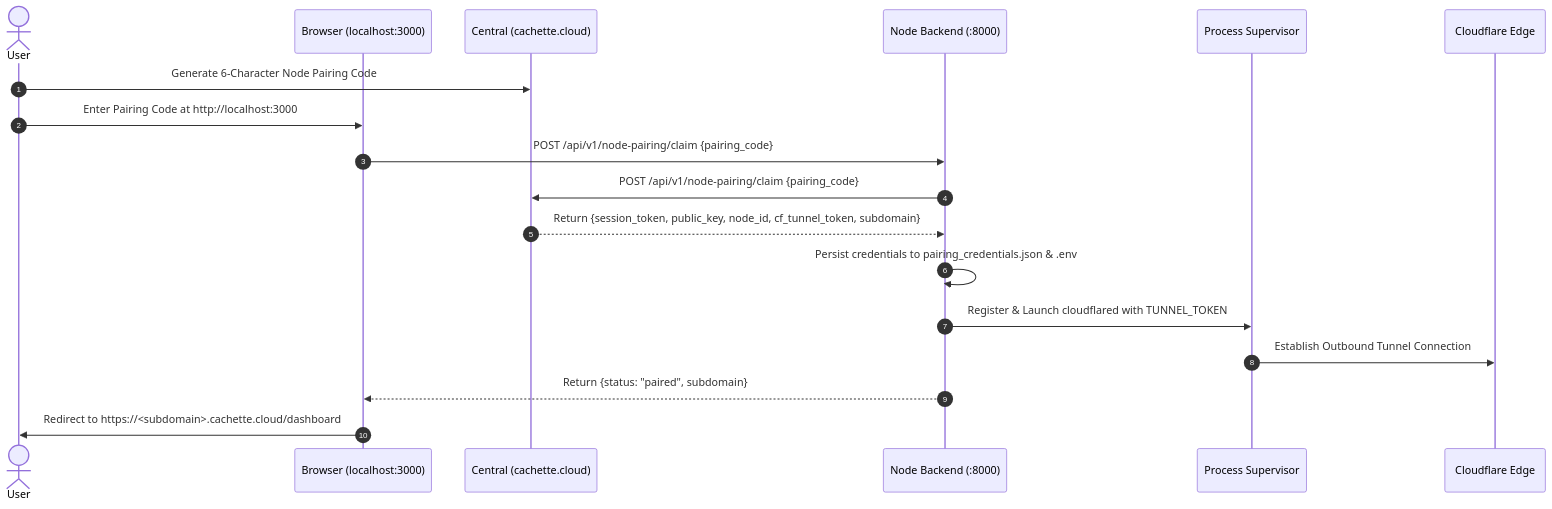
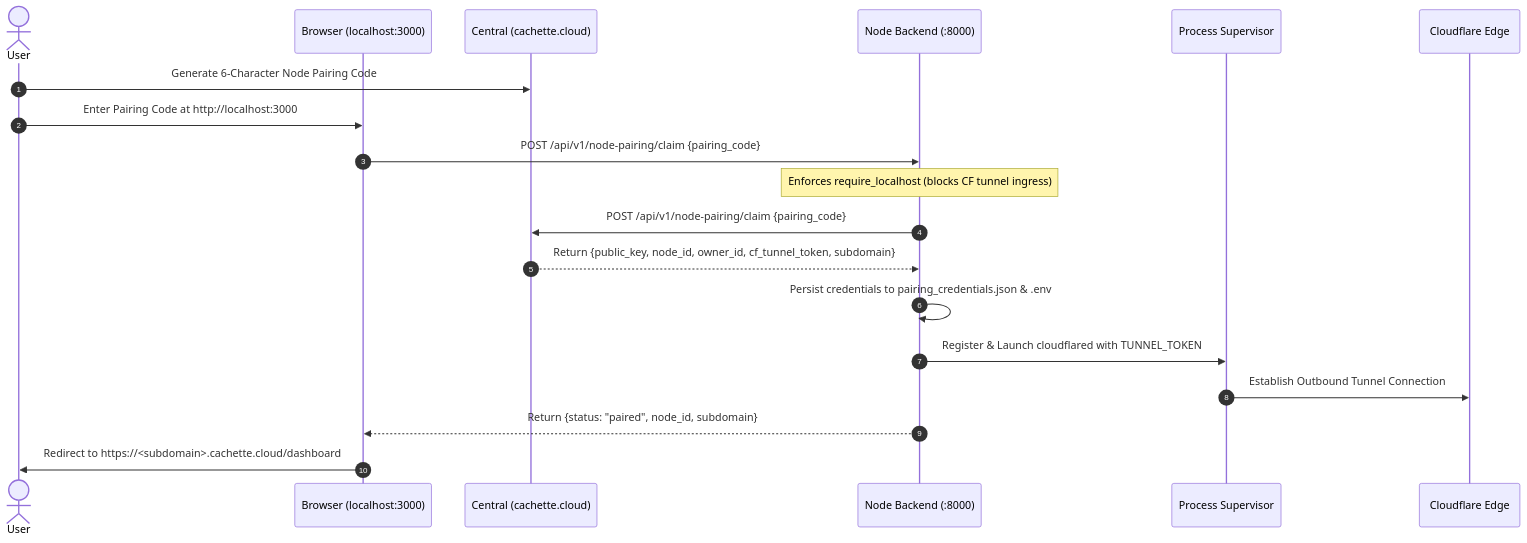
One commit to cachette-cloud/cachette_client changed the second of 3 diagrams in README.md. Above: the diagram before and after it, drawn with Mermaid. The commit also changed other lines of this file and 28 other files, not shown here.

Commit message:
feat: implement auth-by-default architecture, security hardening, and node pairing updates

````diff
--- a/README.md
+++ b/README.md
@@ -136,21 +183,22 @@
 ```mermaid
 sequenceDiagram
     autonumber
     actor User
     participant Browser as Browser (localhost:3000)
     participant Central as Central (cachette.cloud)
     participant Backend as Node Backend (:8000)
     participant PM as Process Supervisor
     participant CF as Cloudflare Edge
 
     User->>Central: Generate 6-Character Node Pairing Code
     User->>Browser: Enter Pairing Code at http://localhost:3000
     Browser->>Backend: POST /api/v1/node-pairing/claim {pairing_code}
+    Note over Backend: Enforces require_localhost (blocks CF tunnel ingress)
     Backend->>Central: POST /api/v1/node-pairing/claim {pairing_code}
-    Central-->>Backend: Return {session_token, public_key, node_id, cf_tunnel_token, subdomain}
+    Central-->>Backend: Return {public_key, node_id, owner_id, cf_tunnel_token, subdomain}
     Backend->>Backend: Persist credentials to pairing_credentials.json & .env
     Backend->>PM: Register & Launch cloudflared with TUNNEL_TOKEN
     PM->>CF: Establish Outbound Tunnel Connection
-    Backend-->>Browser: Return {status: "paired", subdomain}
+    Backend-->>Browser: Return {status: "paired", node_id, subdomain}
     Browser->>User: Redirect to https://<subdomain>.cachette.cloud/dashboard
 ```
````
